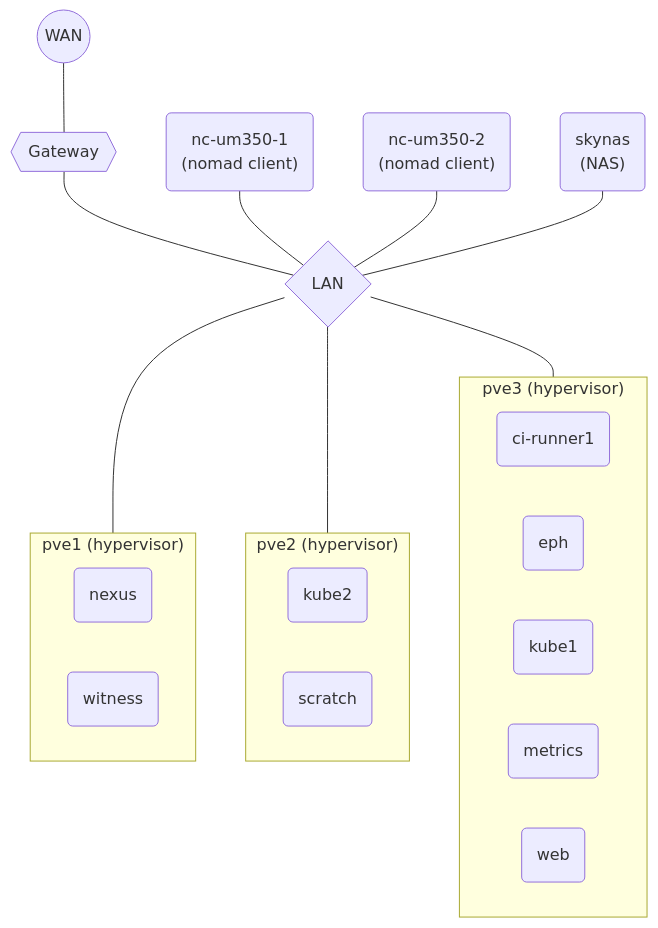
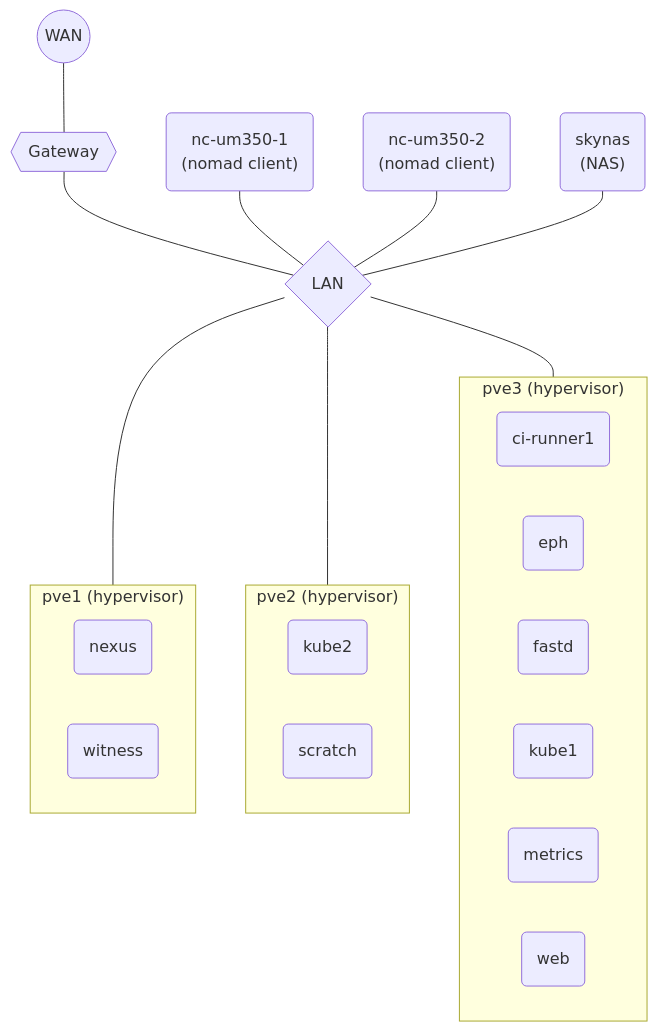
One commit to jhillyerd/homelab changed the first of 2 diagrams in README.md. Above: the diagram before and after it, drawn with Mermaid.

Commit message:
Add fastd to README.md

````diff
--- a/README.md
+++ b/README.md
@@ -13,29 +13,30 @@
 ```mermaid
 graph TD
     wan((WAN)) --- gw{{Gateway}}
     gw --- lan{LAN}
     nc1("nc-um350-1<br/>(nomad client)") --- lan
     nc2("nc-um350-2<br/>(nomad client)") --- lan
     nas("skynas<br/>(NAS)") --- lan
     lan --- pve1
     lan --- pve2
     lan --- pve3
     subgraph pve1 ["pve1 (hypervisor)"]
         direction RL
         nexus("nexus")
         witness("witness")
     end
     subgraph pve2 ["pve2 (hypervisor)"]
         direction RL
         kube2("kube2")
         scratch("scratch")
     end
     subgraph pve3 ["pve3 (hypervisor)"]
         direction RL
         ci-runner1("ci-runner1")
         eph("eph")
+        fastd("fastd")
         kube1("kube1")
         metrics("metrics")
         web("web")
     end
 ```
````
